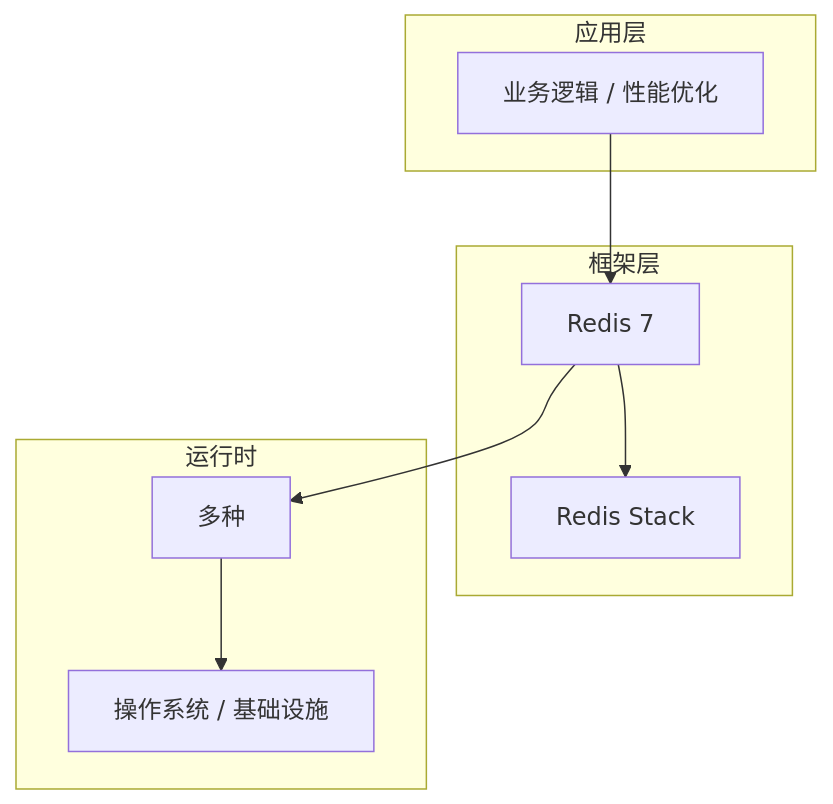
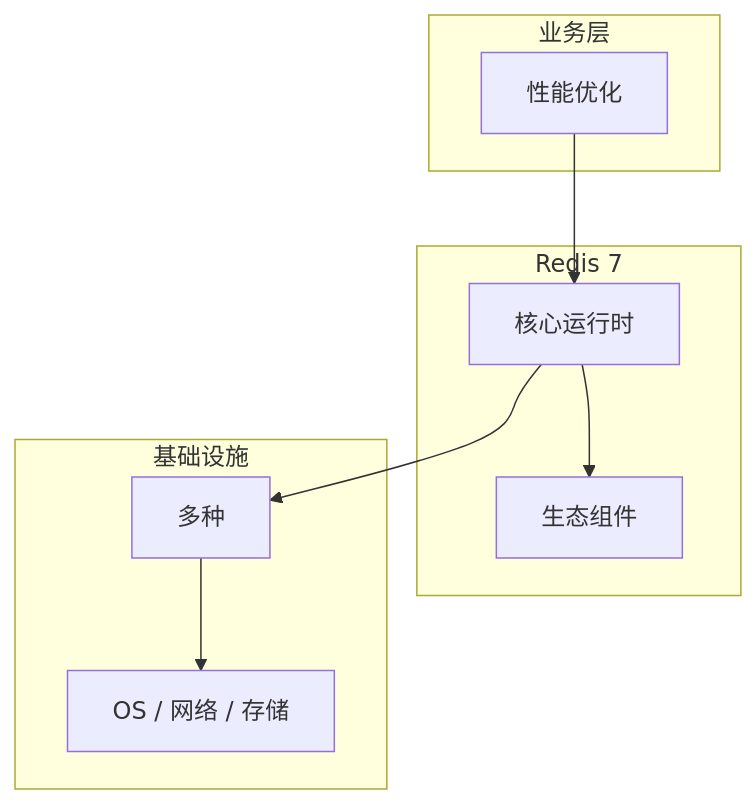
One commit to yanggan2015/knowledge-json-v2 changed the diagram in articles/Redis/chapters/109-性能优化核心概念与原理.md. Above: the diagram before and after it, drawn with Mermaid. The commit also changed other lines of this file and 10127 other files, not shown here.

````diff
--- a/articles/Redis/chapters/109-性能优化核心概念与原理.md
+++ b/articles/Redis/chapters/109-性能优化核心概念与原理.md
@@ -45,18 +34,18 @@
 ```mermaid
 graph TB
-    subgraph 应用层
-        A[业务逻辑 / 性能优化]
+    subgraph 业务层
+        A[性能优化]
     end
-    subgraph 框架层
-        B[Redis 7]
-        C[Redis Stack]
+    subgraph Redis 7
+        B[核心运行时]
+        C[生态组件]
     end
-    subgraph 运行时
+    subgraph 基础设施
         D[多种]
-        E[操作系统 / 基础设施]
+        E[OS / 网络 / 存储]
     end
     A --> B
     B --> C
     B --> D
     D --> E
 ```
````
